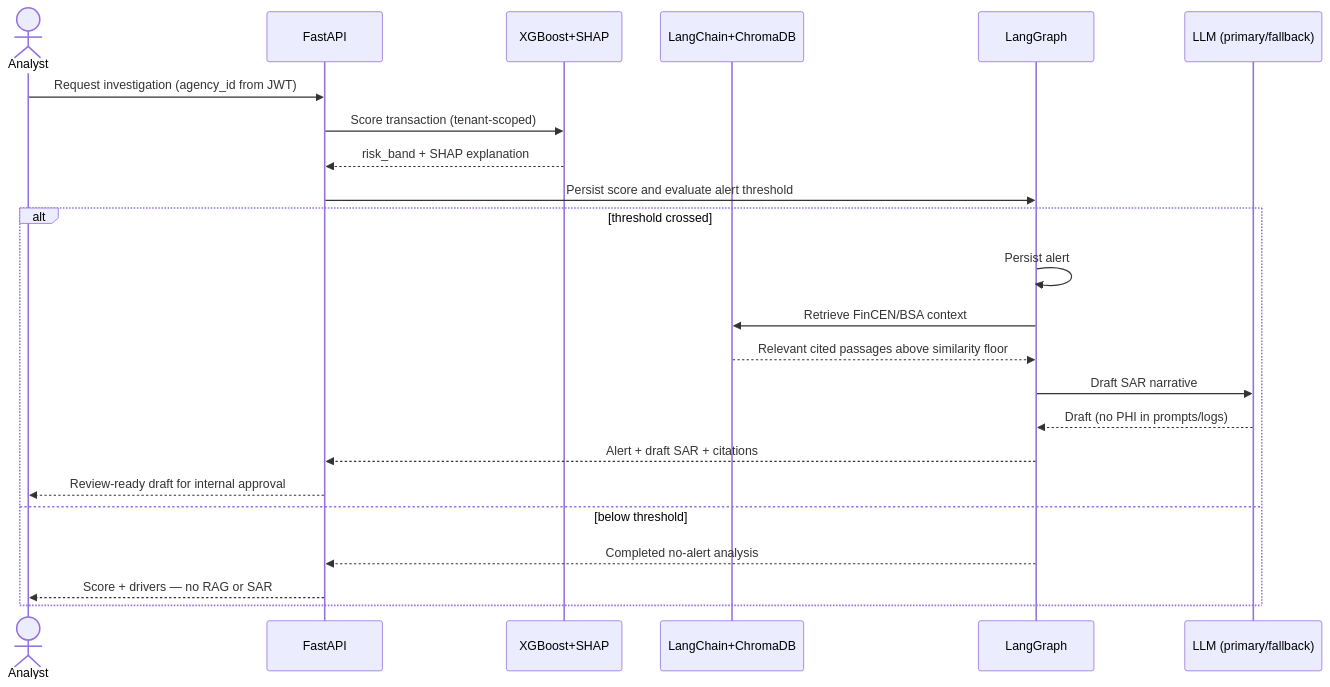
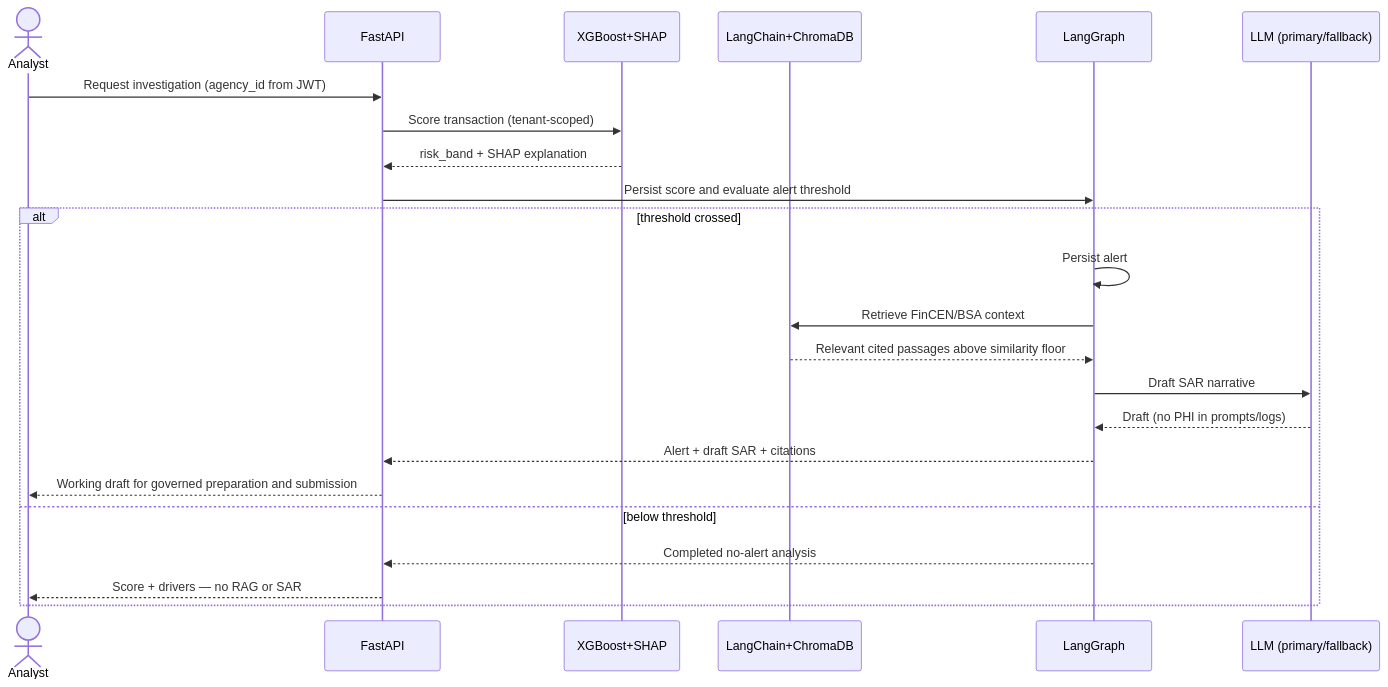
Before and after one commit to Kartik-Hirijaganer/FraudLens: the fifth of 16 diagrams in docs/architecture/ARCHITECTURE.md, drawn with Mermaid. The commit also changed other lines of this file and 15 other files, not shown here.

````diff
--- a/docs/architecture/ARCHITECTURE.md
+++ b/docs/architecture/ARCHITECTURE.md
@@ -123,25 +125,25 @@
 ```mermaid
 sequenceDiagram
     actor Analyst
     participant API as FastAPI
     participant Score as XGBoost+SHAP
     participant RAG as LangChain+ChromaDB
     participant Graph as LangGraph
     participant LLM as LLM (primary/fallback)
     Analyst->>API: Request investigation (agency_id from JWT)
     API->>Score: Score transaction (tenant-scoped)
     Score-->>API: risk_band + SHAP explanation
     API->>Graph: Persist score and evaluate alert threshold
     alt threshold crossed
         Graph->>Graph: Persist alert
         Graph->>RAG: Retrieve FinCEN/BSA context
         RAG-->>Graph: Relevant cited passages above similarity floor
         Graph->>LLM: Draft SAR narrative
         LLM-->>Graph: Draft (no PHI in prompts/logs)
         Graph-->>API: Alert + draft SAR + citations
-        API-->>Analyst: Review-ready draft for internal approval
+        API-->>Analyst: Working draft for governed preparation and submission
     else below threshold
         Graph-->>API: Completed no-alert analysis
         API-->>Analyst: Score + drivers — no RAG or SAR
     end
 ```
````
